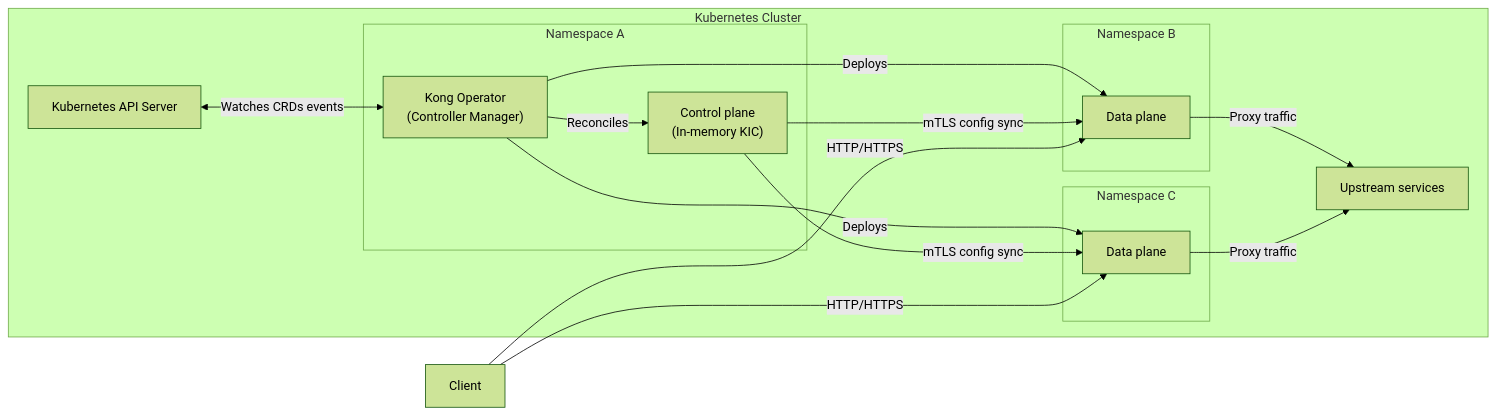
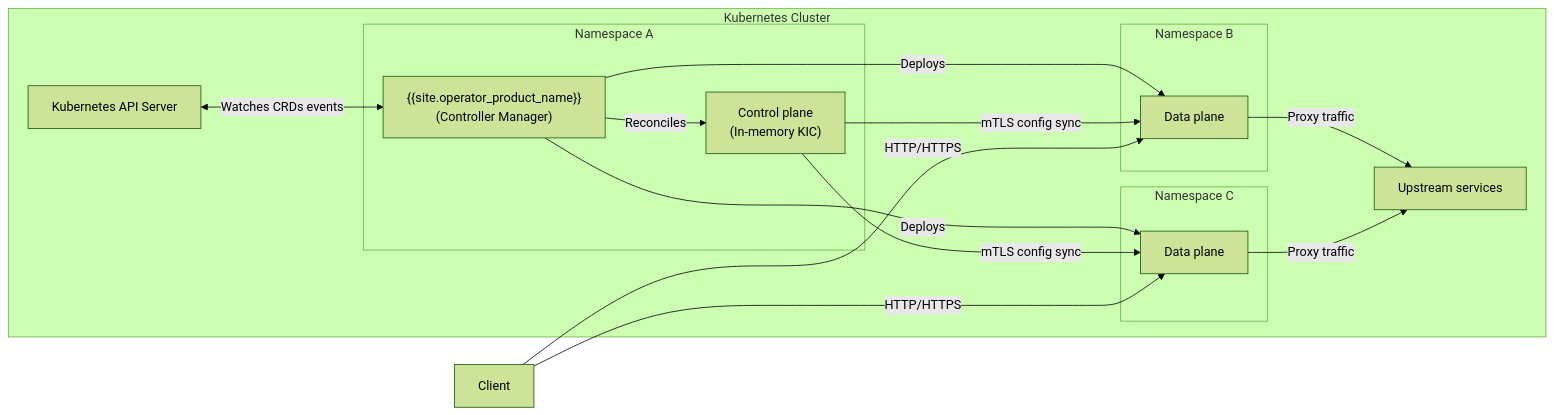
Before and after one commit to Kong/developer.konghq.com: the first of 2 diagrams in app/operator/reference/architecture.md, drawn with Mermaid (forest theme). The commit also changed other lines of this file, not shown here.

```diff
--- a/app/operator/reference/architecture.md
+++ b/app/operator/reference/architecture.md
@@ -23,33 +23,33 @@
 {% mermaid %}
 flowchart LR
     subgraph K8s[Kubernetes Cluster]
         K[Kubernetes API Server]
 
         K <-->|Watches CRDs events| KO
 
         subgraph NS1[Namespace A]
-            KO["Kong Operator<br/>(Controller Manager)"]
+            KO["{{site.operator_product_name}}<br/>(Controller Manager)"]
             CP["Control plane<br/>(In-memory KIC)"]
         end
 
         subgraph NS2[Namespace B]
             DP1[Data plane]
         end
         subgraph NS3[Namespace C]
             DP2[Data plane]
         end
 
         S[Upstream services]
 
         KO -->|Reconciles| CP
         KO -->|Deploys| DP1 & DP2
 
         CP --->|mTLS config sync| DP1 & DP2
 
         DP1 -->|Proxy traffic| S
         DP2 -->|Proxy traffic| S
     end
 
     C[Client]
     C ---->|HTTP/HTTPS| DP1 & DP2
 {% endmermaid %}
```
